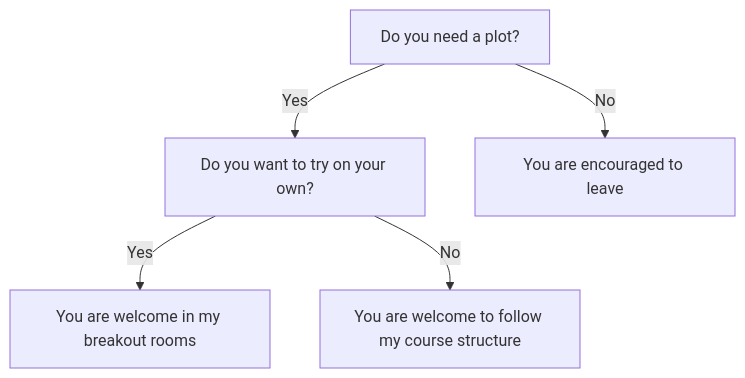
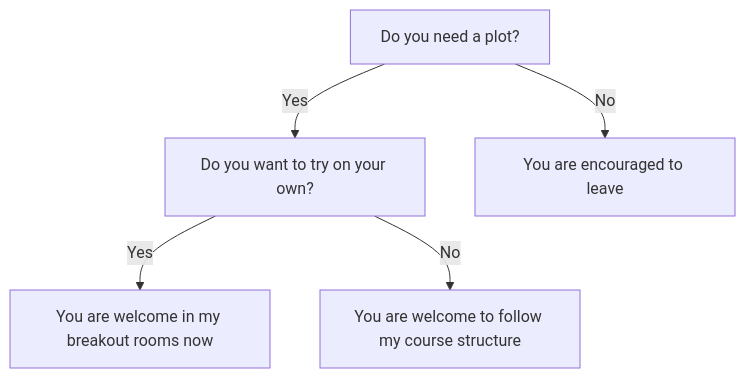
Before and after one commit to richelbilderbeek/create_plot_using_ggplot2_course: the diagram in docs/introduction/README.md, drawn with Mermaid.

Commit message:
Add when

````diff
--- a/docs/introduction/README.md
+++ b/docs/introduction/README.md
@@ -39,13 +39,13 @@
 ```mermaid
 flowchart TD
   do_you_need_a_plot[Do you need a plot?]
   do_you_want_to_try_yourself[Do you want to try on your own?]
   leave[You are encouraged to leave]
-  work_in_breakout_rooms[You are welcome in my breakout rooms]
+  work_in_breakout_rooms[You are welcome in my breakout rooms now]
   follow_the_course[You are welcome to follow my course structure]
 
   do_you_need_a_plot --> |No| leave
   do_you_need_a_plot --> |Yes| do_you_want_to_try_yourself
   do_you_want_to_try_yourself --> |Yes| work_in_breakout_rooms
   do_you_want_to_try_yourself --> |No| follow_the_course
 ```
````
